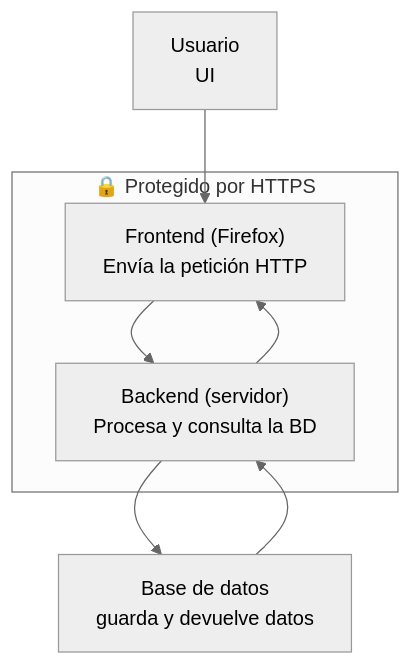
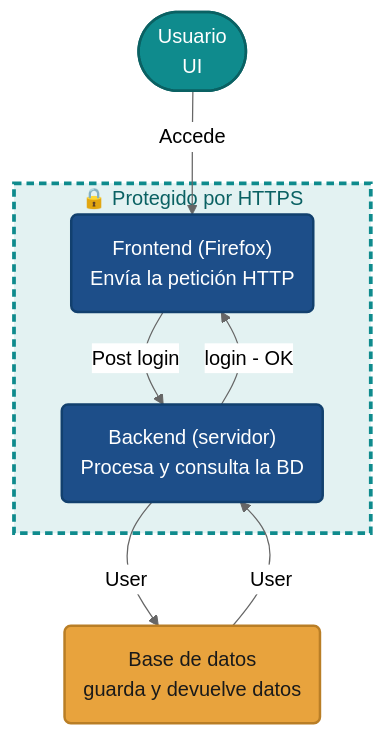
Before and after one commit to MariJeans/software-seguro: the diagram in Modulo_I/Objetivo_1_Mapeo_Logico/objetivo_1_mapeo_logico.md, drawn with Mermaid (neutral theme).

Commit message:
Mejora visual del diagrama Mermaid del Objetivo 1
- Reincorpora etiquetas en las flechas (Accede, Post login, login - OK, User)
- Aplica paleta coherente con classDef (azul/teal para app y usuario, ambar para BD)
- Bordes redondeados y contraste de texto adecuado
- Resalta el subgraph "Protegido por HTTPS" con fondo y borde diferenciados

Claude-Session: https://claude.ai/code/session_016MoWRX5aM5kMciHxYwps2m

````diff
--- a/Modulo_I/Objetivo_1_Mapeo_Logico/objetivo_1_mapeo_logico.md
+++ b/Modulo_I/Objetivo_1_Mapeo_Logico/objetivo_1_mapeo_logico.md
@@ -1,13 +1,23 @@
 ```mermaid
 flowchart TD
-    Usuario["Usuario<br/>UI"] --> Frontend
-    Frontend["Frontend (Firefox)<br/>Envía la petición HTTP"] --> Backend
-    Backend["Backend (servidor)<br/>Procesa y consulta la BD"] --> Frontend
-    Backend --> BD["Base de datos<br/>guarda y devuelve datos"]
-    BD --> Backend
+    Usuario(["Usuario<br/>UI"]) -->|"Accede"| Frontend
+    Frontend("Frontend (Firefox)<br/>Envía la petición HTTP") -->|"Post login"| Backend
+    Backend("Backend (servidor)<br/>Procesa y consulta la BD") -->|"login - OK"| Frontend
+    Backend -->|"User"| BD("Base de datos<br/>guarda y devuelve datos")
+    BD -->|"User"| Backend
 
     subgraph HTTPS["🔒 Protegido por HTTPS"]
         Frontend
         Backend
     end
+
+    classDef app fill:#1d4e89,stroke:#12406e,stroke-width:2px,color:#ffffff
+    classDef db fill:#e8a33d,stroke:#b97e26,stroke-width:2px,color:#1a1a1a
+    classDef user fill:#0f8b8d,stroke:#0a6163,stroke-width:2px,color:#ffffff
+
+    class Usuario user
+    class Frontend,Backend app
+    class BD db
+
+    style HTTPS fill:#e3f2f2,stroke:#0f8b8d,stroke-width:3px,stroke-dasharray:6 4,color:#0a6163
 ```
````
